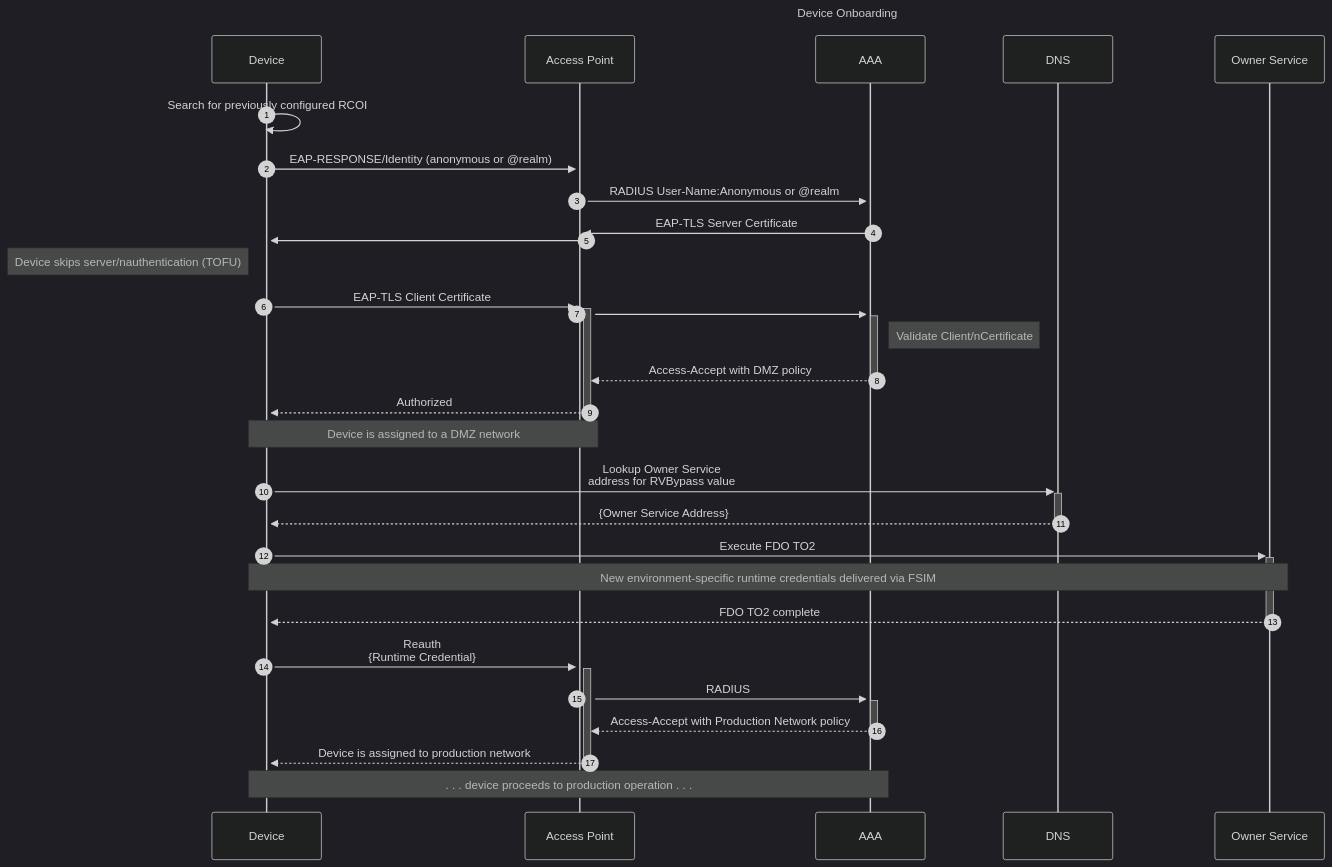
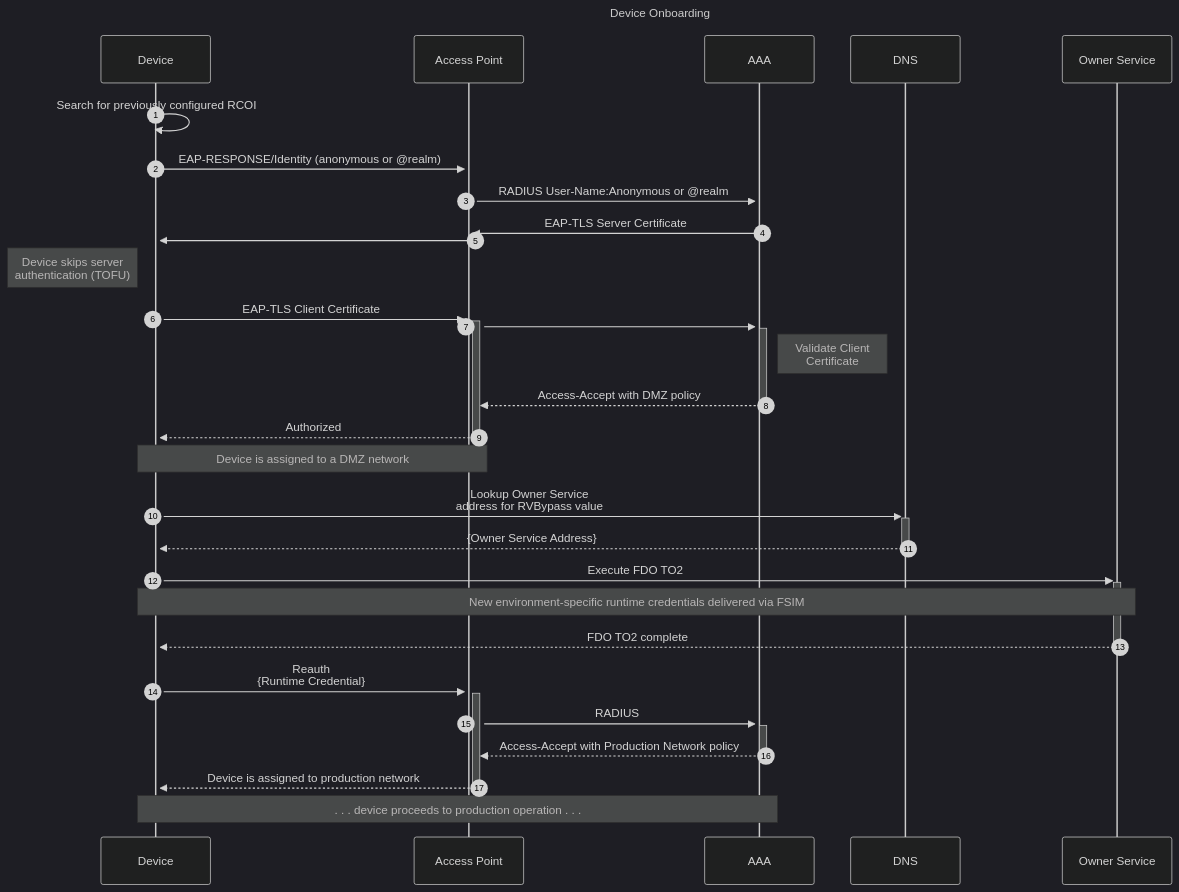
The second of 2 diagrams in WORKFLOWS.md (wireless-broadband-alliance/WBA-FIDO-Collaboration), drawn with Mermaid (dark theme) before and after one commit.

````diff
--- a/WORKFLOWS.md
+++ b/WORKFLOWS.md
@@ -70,41 +70,41 @@
 ```mermaid
 sequenceDiagram
     title Device Onboarding
     participant dev as Device
     participant ap as Access Point
     participant aaa as AAA
     participant dns as DNS
     participant owner as Owner Service
 
     autonumber
 
     dev ->> dev: Search for previously configured RCOI
     dev ->>+ ap: EAP-RESPONSE/Identity (anonymous or @realm)
     ap ->>+ aaa: RADIUS User-Name:Anonymous or @realm
 
     aaa ->>+ ap: EAP-TLS Server Certificate
     ap ->>+ dev: 
-    note left of dev : Device skips server/nauthentication (TOFU)
+    note left of dev : Device skips server<br>authentication (TOFU)
 
     dev ->>+ap: EAP-TLS Client Certificate
     ap ->>+aaa:
 
-    note right of aaa : Validate Client/nCertificate
+    note right of aaa : Validate Client<br>Certificate
 
     aaa -->>- ap: Access-Accept with DMZ policy
     ap -->>- dev: Authorized
     note over dev,ap: Device is assigned to a DMZ network
 
     dev ->>+ dns: Lookup Owner Service<br/>address for RVBypass value
     dns -->>- dev: {Owner Service Address}
 
     dev ->>+ owner: Execute FDO TO2
     note over dev,owner: New environment-specific runtime credentials delivered via FSIM
     owner -->>- dev: FDO TO2 complete
 
     dev ->>+ ap: Reauth<br/>{Runtime Credential}
     ap ->>+ aaa: RADIUS
     aaa -->>- ap: Access-Accept with Production Network policy
     ap -->>- dev: Device is assigned to production network
     note over dev,aaa: . . . device proceeds to production operation . . .
 ```
````
